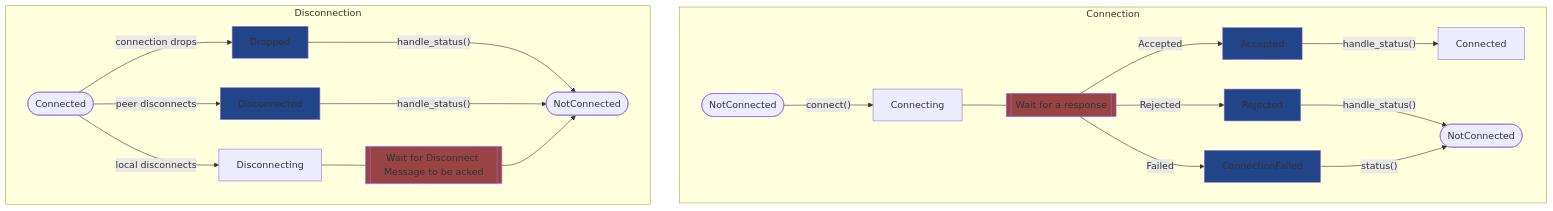
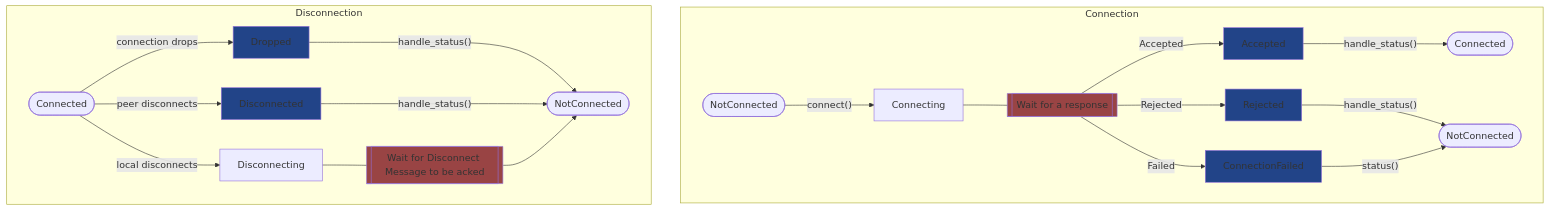
Before and after one commit to MitchellMarinoDev/carrier-pigeon: the diagram in connection_status_state_machine.md, drawn with Mermaid. The commit also changed 16 other files, not shown here.

````diff
--- a/connection_status_state_machine.md
+++ b/connection_status_state_machine.md
@@ -4,34 +4,34 @@
 ```mermaid
 flowchart TD
     classDef transition fill:#248
     classDef wait fill:#944
 
     subgraph Connection
         ConnectingDelay[["Wait for a response"]]:::wait
         NotConnected([NotConnected])
 
         NotConnected --> |"connect()"| Connecting
 
         Connecting --- ConnectingDelay
         ConnectingDelay --> |Accepted| Accepted:::transition
         ConnectingDelay --> |Rejected| Rejected:::transition
         ConnectingDelay --> |Failed| ConnectionFailed:::transition
 
-        Accepted --> |"handle_status()"| Connected
+        Accepted --> |"handle_status()"| Connected([Connected])
         Rejected --> |"handle_status()"| 2NotConnected([NotConnected])
         ConnectionFailed --> |"status()"| 2NotConnected([NotConnected])
     end
     subgraph Disconnection
         2Connected([Connected])
         3NotConnected([NotConnected])
         DisconnectDelay[[Wait for Disconnect Message to be acked]]:::wait
         
         2Connected --> |connection drops| Dropped:::transition
         2Connected --> |peer disconnects| Disconnected:::transition
         2Connected --> |local disconnects| Disconnecting
 
         Dropped ---> |"handle_status()"| 3NotConnected
         Disconnected ---> |"handle_status()"| 3NotConnected
         Disconnecting --- DisconnectDelay --> 3NotConnected
     end
 ```
````
